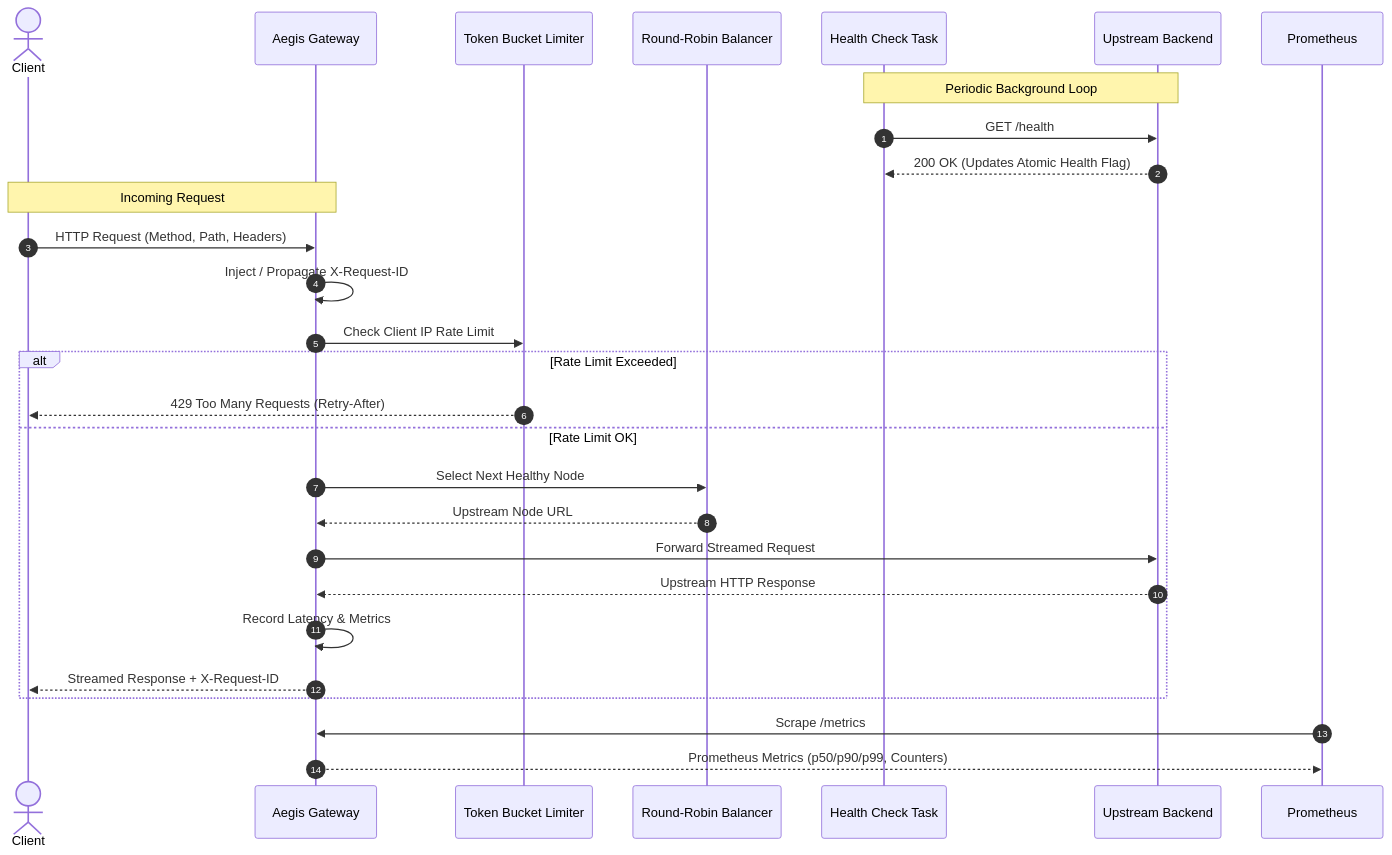
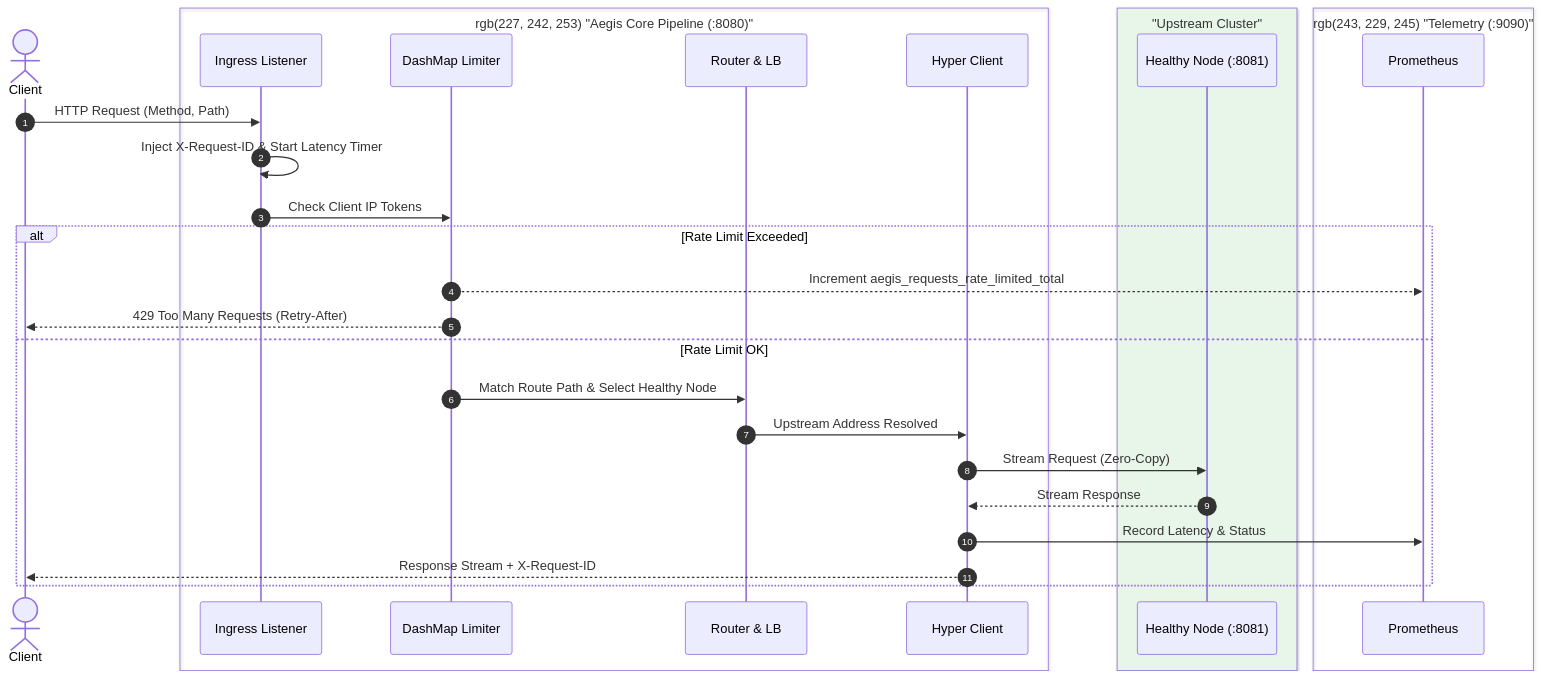
The diagram in docs/request_sequence_diagram.md (rishabh42tiwari/aegis-gateway), drawn with Mermaid before and after one commit. The commit also changed 1 other file, not shown here.

Commit message:
update the architecure diagram

````diff
--- a/docs/request_sequence_diagram.md
+++ b/docs/request_sequence_diagram.md
@@ -1,33 +1,35 @@
 ```mermaid
     sequenceDiagram
         autonumber
         actor Client
-        participant GW as Aegis Gateway
-        participant RL as Token Bucket Limiter
-        participant LB as Round-Robin Balancer
-        participant HC as Health Check Task
-        participant BE as Upstream Backend
-        participant Prom as Prometheus
-
-        Note over HC,BE: Periodic Background Loop
-        HC->>BE: GET /health
-        BE-->>HC: 200 OK (Updates Atomic Health Flag)
-
-        Note over Client,GW: Incoming Request
-        Client->>GW: HTTP Request (Method, Path, Headers)
-        GW->>GW: Inject / Propagate X-Request-ID
-        GW->>RL: Check Client IP Rate Limit
-        alt Rate Limit Exceeded
-            RL-->>Client: 429 Too Many Requests (Retry-After)
-        else Rate Limit OK
-            GW->>LB: Select Next Healthy Node
-            LB-->>GW: Upstream Node URL
-            GW->>BE: Forward Streamed Request
-            BE-->>GW: Upstream HTTP Response
-            GW->>GW: Record Latency & Metrics
-            GW-->>Client: Streamed Response + X-Request-ID
+        box rgb(227, 242, 253) "Aegis Core Pipeline (:8080)"
+            participant Ingress as Ingress Listener
+            participant Limiter as DashMap Limiter
+            participant Router as Router & LB
+            participant Forwarder as Hyper Client
+        end
+        box rgb(232, 245, 233) "Upstream Cluster"
+            participant Backend as Healthy Node (:8081)
+        end
+        box rgb(243, 229, 245) "Telemetry (:9090)"
+            participant Metrics as Prometheus
         end
 
-        Prom->>GW: Scrape /metrics
-        GW-->>Prom: Prometheus Metrics (p50/p90/p99, Counters)
+        Client->>Ingress: HTTP Request (Method, Path)
+        Ingress->>Ingress: Inject X-Request-ID & Start Latency Timer
+
+        Ingress->>Limiter: Check Client IP Tokens
+        alt Rate Limit Exceeded
+            Limiter-->>Metrics: Increment aegis_requests_rate_limited_total
+            Limiter-->>Client: 429 Too Many Requests (Retry-After)
+        else Rate Limit OK
+            Limiter->>Router: Match Route Path & Select Healthy Node
+            Router->>Forwarder: Upstream Address Resolved
+
+            Forwarder->>Backend: Stream Request (Zero-Copy)
+            Backend-->>Forwarder: Stream Response
+
+            Forwarder->>Metrics: Record Latency & Status
+            Forwarder-->>Client: Response Stream + X-Request-ID
+        end
 ```
````
